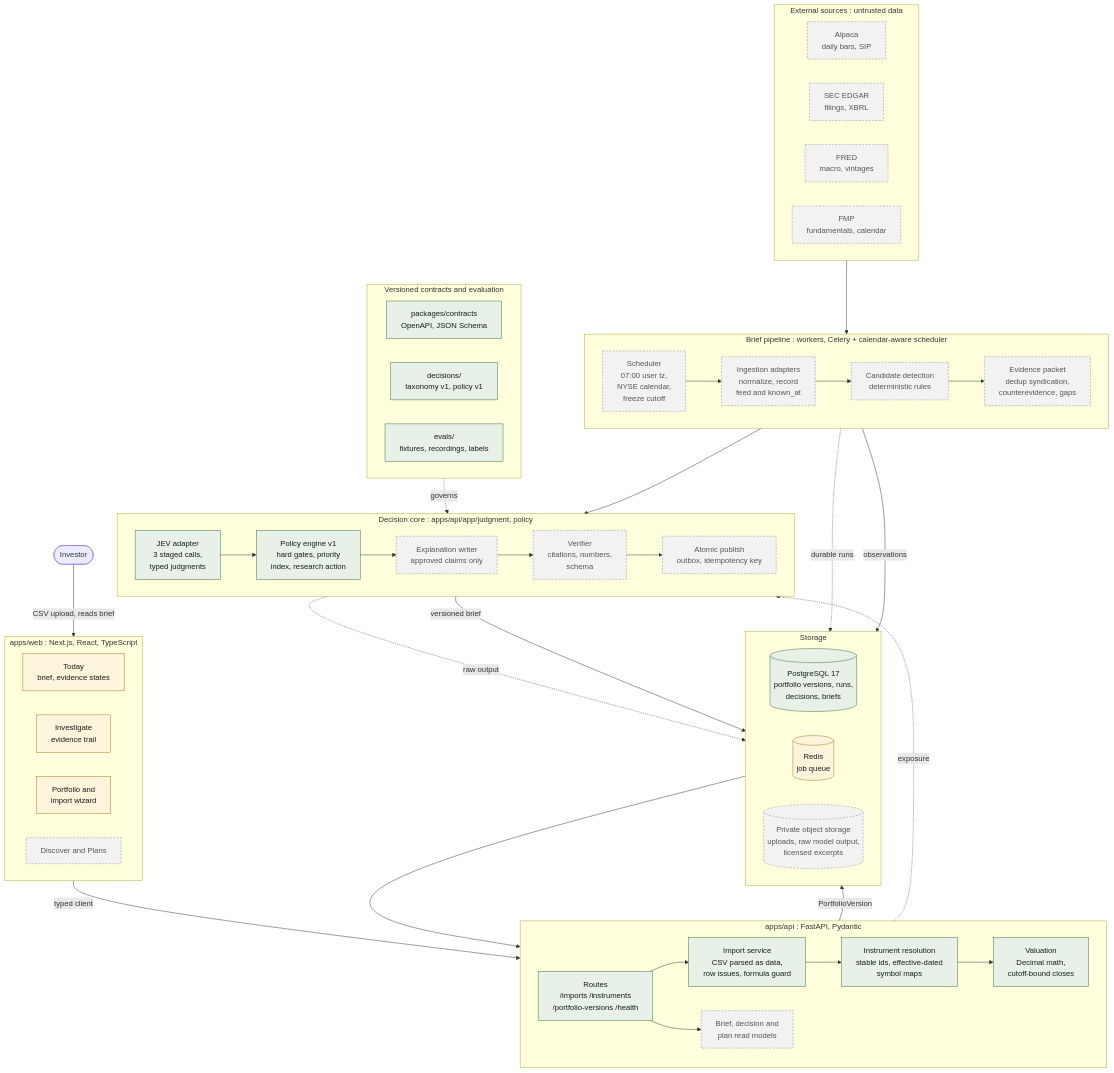
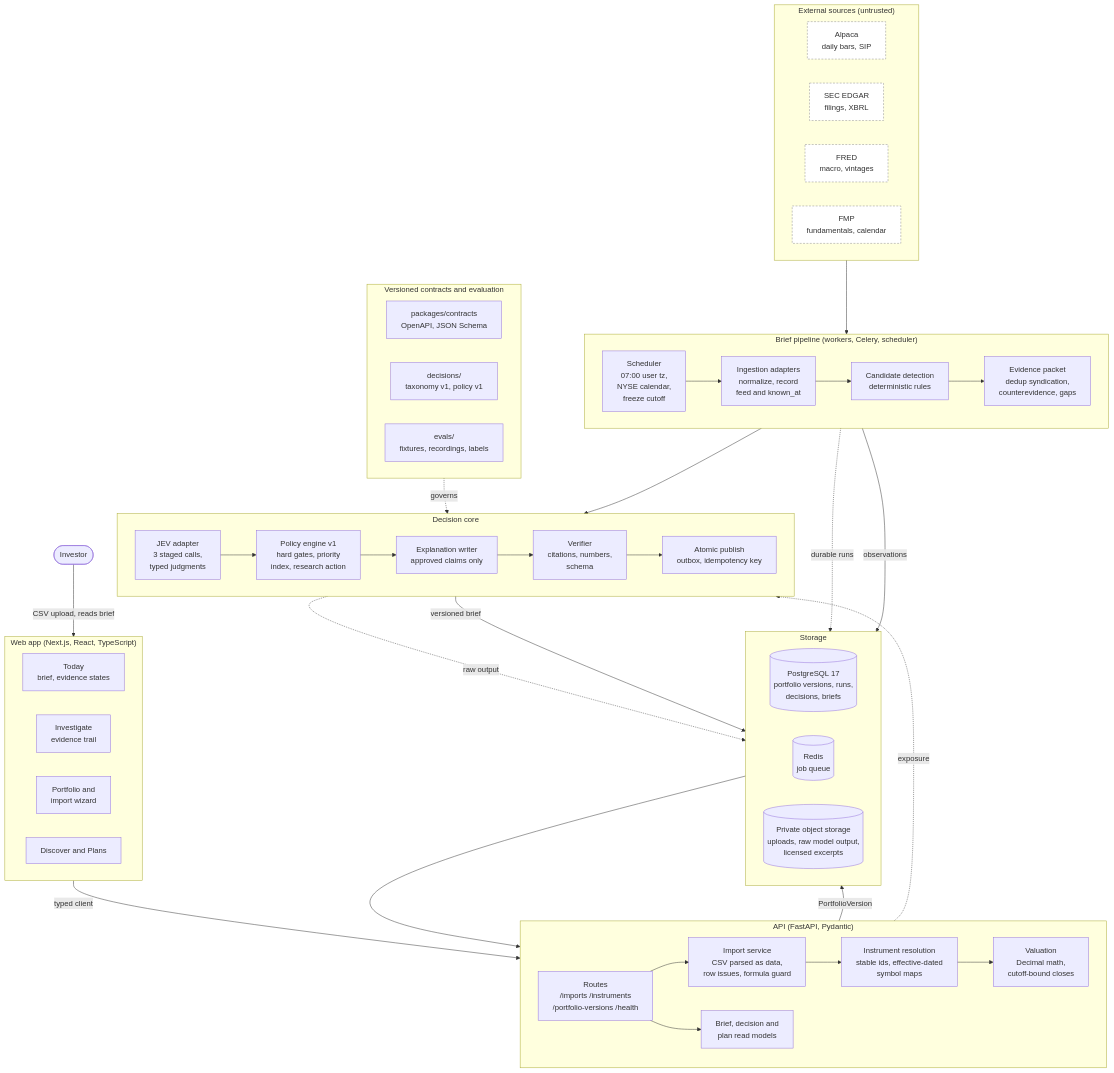
One commit to anuraagburman/market-sentinel changed the first of 3 diagrams in README.md. Above: the diagram before and after it, drawn with Mermaid. The commit also changed other lines of this file, not shown here.

First line of the commit message:
docs: tailor README for external readers

````diff
--- a/README.md
+++ b/README.md
@@ -212,7 +208,7 @@
 flowchart TB
     USER(["Investor"])
 
-    subgraph WEB["apps/web : Next.js, React, TypeScript"]
+    subgraph WEB["Web app (Next.js, React, TypeScript)"]
         direction LR
         TODAY["Today<br/>brief, evidence states"]
         INV["Investigate<br/>evidence trail"]
@@ -220,7 +216,7 @@
         DISC["Discover and Plans"]
     end
 
-    subgraph API["apps/api : FastAPI, Pydantic"]
+    subgraph API["API (FastAPI, Pydantic)"]
         direction LR
         ROUTES["Routes<br/>/imports /instruments<br/>/portfolio-versions /health"]
         IMPORT["Import service<br/>CSV parsed as data,<br/>row issues, formula guard"]
@@ -229,7 +225,7 @@
         READ["Brief, decision and<br/>plan read models"]
     end
 
-    subgraph EXT["External sources : untrusted data"]
+    subgraph EXT["External sources (untrusted)"]
         direction LR
         ALP["Alpaca<br/>daily bars, SIP"]
         SEC["SEC EDGAR<br/>filings, XBRL"]
@@ -237,7 +233,7 @@
         FMP["FMP<br/>fundamentals, calendar"]
     end
 
-    subgraph PIPE["Brief pipeline : workers, Celery + calendar-aware scheduler"]
+    subgraph PIPE["Brief pipeline (workers, Celery, scheduler)"]
         direction LR
         SCHED["Scheduler<br/>07:00 user tz,<br/>NYSE calendar,<br/>freeze cutoff"]
         INGEST["Ingestion adapters<br/>normalize, record<br/>feed and known_at"]
@@ -246,7 +242,7 @@
         SCHED --> INGEST --> CAND --> PACKET
     end
 
-    subgraph DEC["Decision core : apps/api/app/judgment, policy"]
+    subgraph DEC["Decision core"]
         direction LR
         JEV["JEV adapter<br/>3 staged calls,<br/>typed judgments"]
         POLICY["Policy engine v1<br/>hard gates, priority<br/>index, research action"]
@@ -287,10 +283,6 @@
 
     GOV -. "governs" .-> DEC
 
-    classDef built fill:#e8f1e8,stroke:#3b6e3b,color:#1a1a1a
-    classDef partial fill:#fdf4dc,stroke:#9a7b1c,color:#1a1a1a
-    classDef planned fill:#f2f2f2,stroke:#8a8a8a,stroke-dasharray:4 3,color:#555
-    class ROUTES,IMPORT,RESOLVE,VALUE,JEV,POLICY,PG,CONTRACTS,DECFILES,EVALS built
-    class TODAY,INV,PORT,REDIS partial
-    class ALP,SEC,FRED,FMP,SCHED,INGEST,CAND,PACKET,EXPLAIN,VERIFY,PUBLISH,READ,DISC,OBJ planned
+    classDef untrusted fill:#fff,stroke:#8a8a8a,stroke-dasharray:4 3
+    class ALP,SEC,FRED,FMP untrusted
 ```
````
